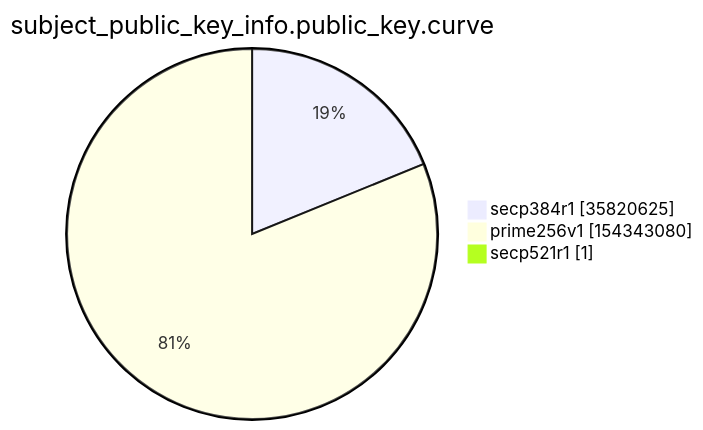
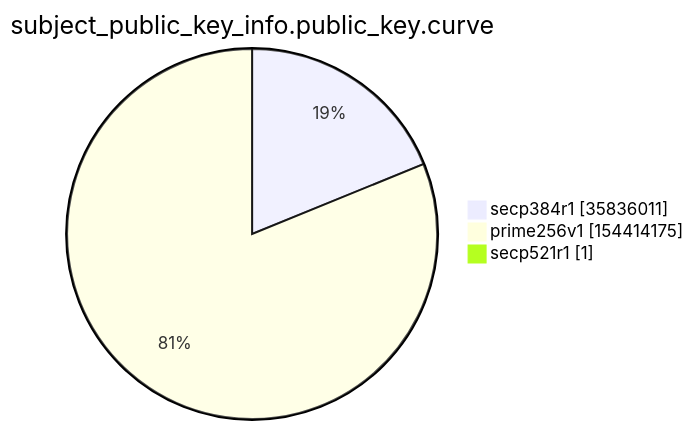
The ninth of 15 diagrams in argon2022/README.md (christiankrug/ctmonitor_visualization), drawn with Mermaid before and after one commit. The commit also changed other lines of this file, not shown here.

````diff
--- a/argon2022/README.md
+++ b/argon2022/README.md
@@ -2765,7 +2765,7 @@
 ```mermaid
 pie showData
 title subject_public_key_info.public_key.curve
-"secp384r1" :35820625
-"prime256v1" :154343080
+"secp384r1" :35836011
+"prime256v1" :154414175
 "secp521r1" :1
 ```
````
